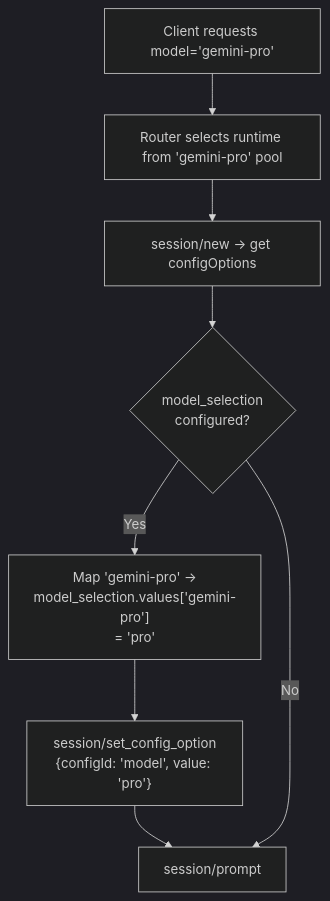
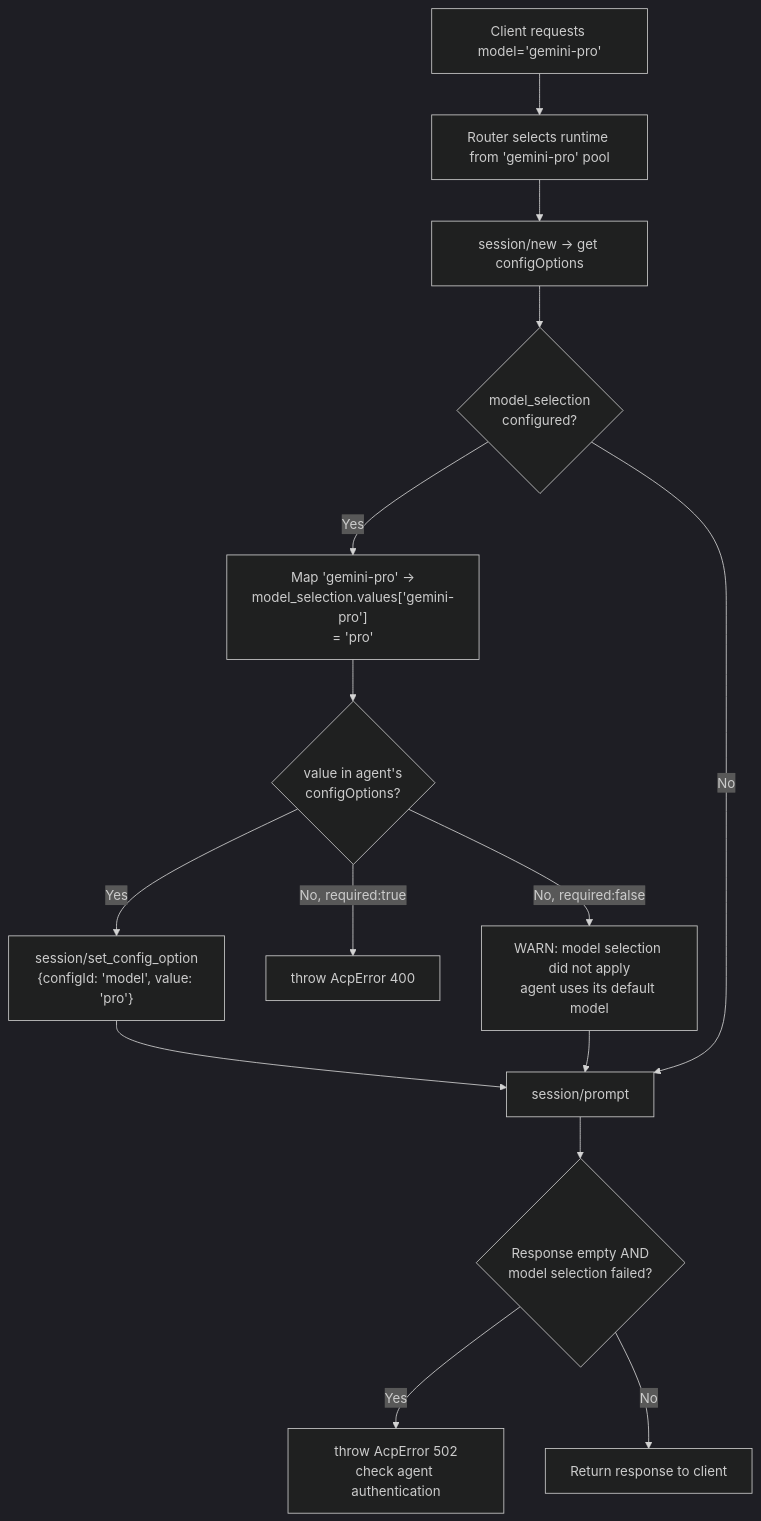
The tenth of 12 diagrams in docs/ARCHITECTURE.md (jetnet/acp-openai-proxy), drawn with Mermaid (dark theme) before and after one commit. The commit also changed other lines of this file and 2 other files, not shown here.

First line of the commit message:
fix: surface auth and model-selection failures instead of silent empty responses

````diff
--- a/docs/ARCHITECTURE.md
+++ b/docs/ARCHITECTURE.md
@@ -531,10 +531,17 @@
 ```mermaid
 flowchart TD
     REQ["Client requests model='gemini-pro'"] --> POOL["Router selects runtime from 'gemini-pro' pool"]
     POOL --> NEWSESS["session/new → get configOptions"]
     NEWSESS --> HAS{model_selection<br/>configured?}
     HAS -->|Yes| MAP["Map 'gemini-pro' →<br/>model_selection.values['gemini-pro']<br/>= 'pro'"]
-    MAP --> SET["session/set_config_option<br/>{configId: 'model', value: 'pro'}"]
+    MAP --> ALLOWS{value in agent's<br/>configOptions?}
+    ALLOWS -->|Yes| SET["session/set_config_option<br/>{configId: 'model', value: 'pro'}"]
     SET --> PROMPT["session/prompt"]
+    ALLOWS -->|No, required:true| ERR1["throw AcpError 400"]
+    ALLOWS -->|No, required:false| WARN["WARN: model selection did not apply<br/>agent uses its default model"]
+    WARN --> PROMPT
     HAS -->|No| PROMPT
+    PROMPT --> EMPTY{Response empty AND<br/>model selection failed?}
+    EMPTY -->|Yes| ERR2["throw AcpError 502<br/>check agent authentication"]
+    EMPTY -->|No| DONE["Return response to client"]
 ```
````
